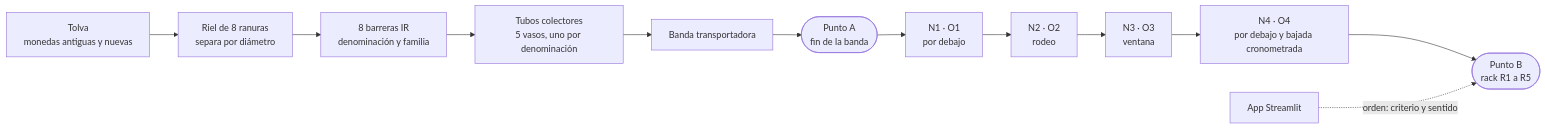
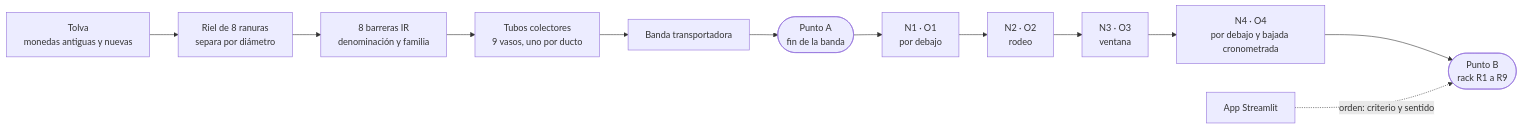
One commit to Johan-C777/coin-sorting-robot-pybullet changed the first of 3 diagrams in docs/01-arquitectura.md. Above: the diagram before and after it, drawn with Mermaid. The commit also changed other lines of this file and 61 other files, not shown here.

````diff
--- a/docs/01-arquitectura.md
+++ b/docs/01-arquitectura.md
@@ -8,11 +8,11 @@
 ```mermaid
 flowchart LR
     T["Tolva<br/>monedas antiguas y nuevas"] --> R["Riel de 8 ranuras<br/>separa por diámetro"]
     R --> IR["8 barreras IR<br/>denominación y familia"]
-    IR --> C["Tubos colectores<br/>5 vasos, uno por denominación"]
+    IR --> C["Tubos colectores<br/>9 vasos, uno por ducto"]
     C --> B["Banda transportadora"]
     B --> A(["Punto A<br/>fin de la banda"])
     A --> O1["N1 · O1<br/>por debajo"] --> O2["N2 · O2<br/>rodeo"] --> O3["N3 · O3<br/>ventana"] --> O4["N4 · O4<br/>por debajo y bajada cronometrada"]
-    O4 --> Bp(["Punto B<br/>rack R1 a R5"])
+    O4 --> Bp(["Punto B<br/>rack R1 a R9"])
     APP["App Streamlit"] -. "orden: criterio y sentido" .-> Bp
 ```
````
